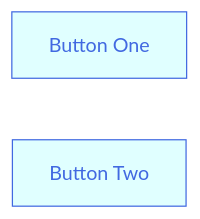
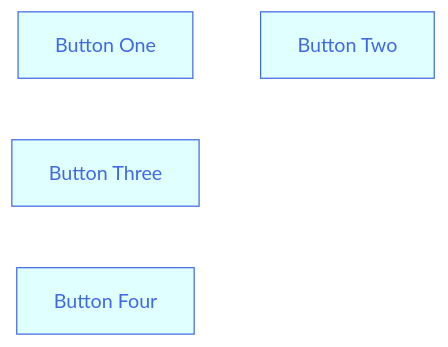
One commit to joe-dorward/samples changed the diagram in buttons_mermaid.md. Above: the diagram before and after it, drawn with Mermaid.

````diff
--- a/buttons_mermaid.md
+++ b/buttons_mermaid.md
@@ -3,12 +3,23 @@
 ```mermaid
   flowchart LR
 
   %% define styles
   classDef Button fill:lightcyan, stroke:royalblue, color:royalblue;
   %% ---------- ---------- ---------- ---------- ---------- ---------- ---------- ---------- ---------- ----------
   BUTTON_ONE[Button One]:::Button
   click BUTTON_ONE "https://en.wikipedia.org/wiki/Main_Page" _blank
   %% ---------- ---------- ---------- ---------- ---------- ---------- ---------- ---------- ---------- ----------
   BUTTON_TWO[Button Two]:::Button
   click BUTTON_TWO "[https://en.wikipedia.org/wiki/Main_Page](https://www.hastings.gov.uk/coastlinebeaches/tidetables/)" _blank
+  %% ---------- ---------- ---------- ---------- ---------- ---------- ---------- ---------- ---------- ----------
+  BUTTON_THREE[Button Three]:::Button
+  %% ---------- ---------- ---------- ---------- ---------- ---------- ---------- ---------- ---------- ----------
+  BUTTON_FOUR[Button Four]:::Button
+  %% ---------- ---------- ---------- ---------- ---------- ---------- ---------- ---------- ---------- ----------
+  BUTTON_ONE~~~
+  BUTTON_TWO
+
+
+
+
 ```
````
